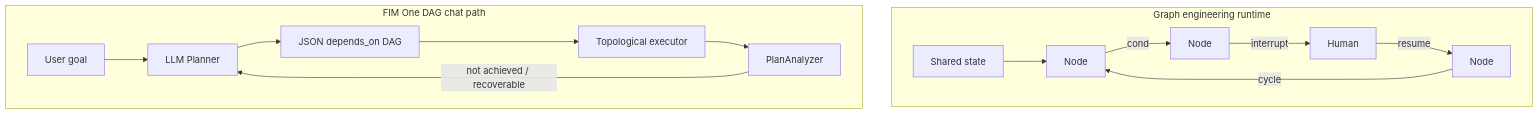
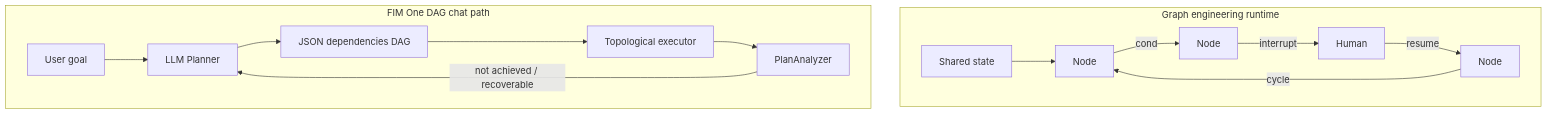
One commit to fim-ai/fim-one changed the third of 4 diagrams in docs/architecture/planning-landscape.mdx. Above: the diagram before and after it, drawn with Mermaid. The commit also changed other lines of this file and 9 other files, not shown here.

First line of the commit message:
docs(architecture): align engine, hook and discovery pages with the code

````diff
--- a/docs/architecture/planning-landscape.mdx
+++ b/docs/architecture/planning-landscape.mdx
@@ -108,17 +108,17 @@
 ```mermaid
 flowchart TB
   subgraph ge2["Graph engineering runtime"]
     S[Shared state] --> N1[Node]
     N1 -->|cond| N2[Node]
     N2 -->|interrupt| H[Human]
     H -->|resume| N3[Node]
     N3 -->|cycle| N1
   end
   subgraph fimdag["FIM One DAG chat path"]
     G[User goal] --> P[LLM Planner]
-    P --> J[JSON depends_on DAG]
+    P --> J[JSON dependencies DAG]
     J --> E[Topological executor]
     E --> Z[PlanAnalyzer]
     Z -->|not achieved / recoverable| P
   end
 ```
````
